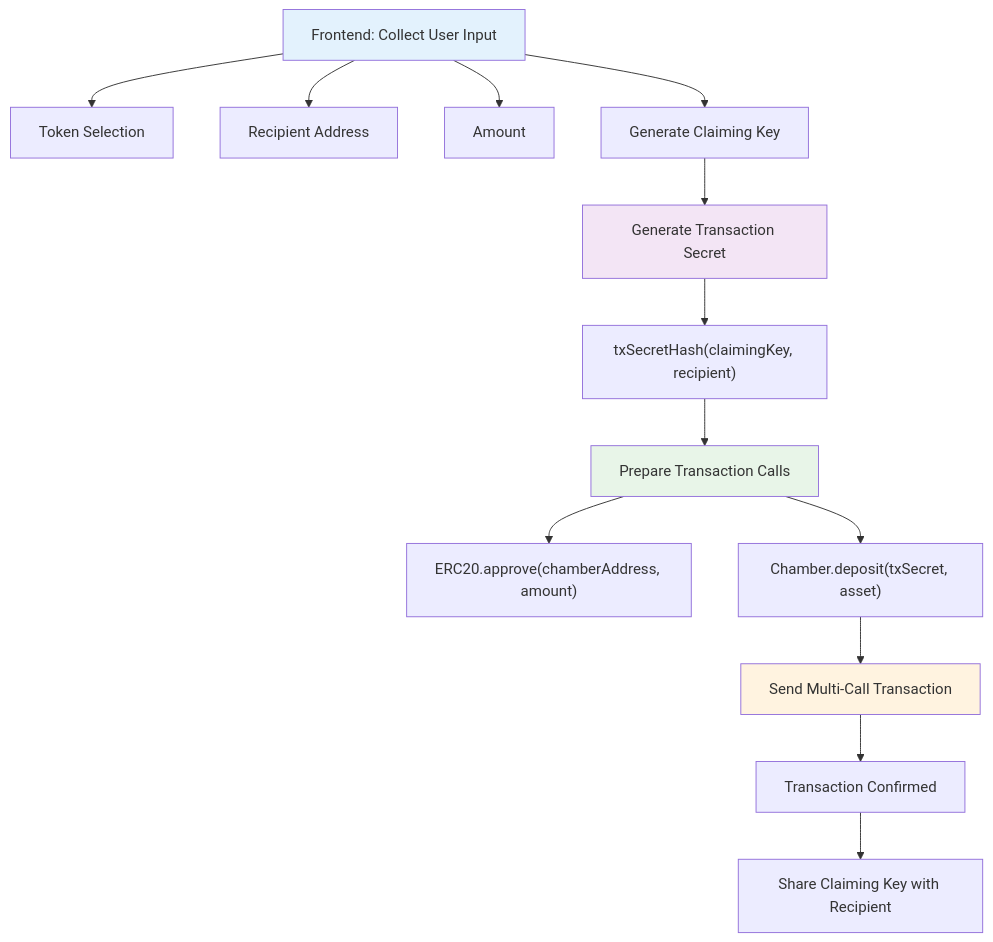
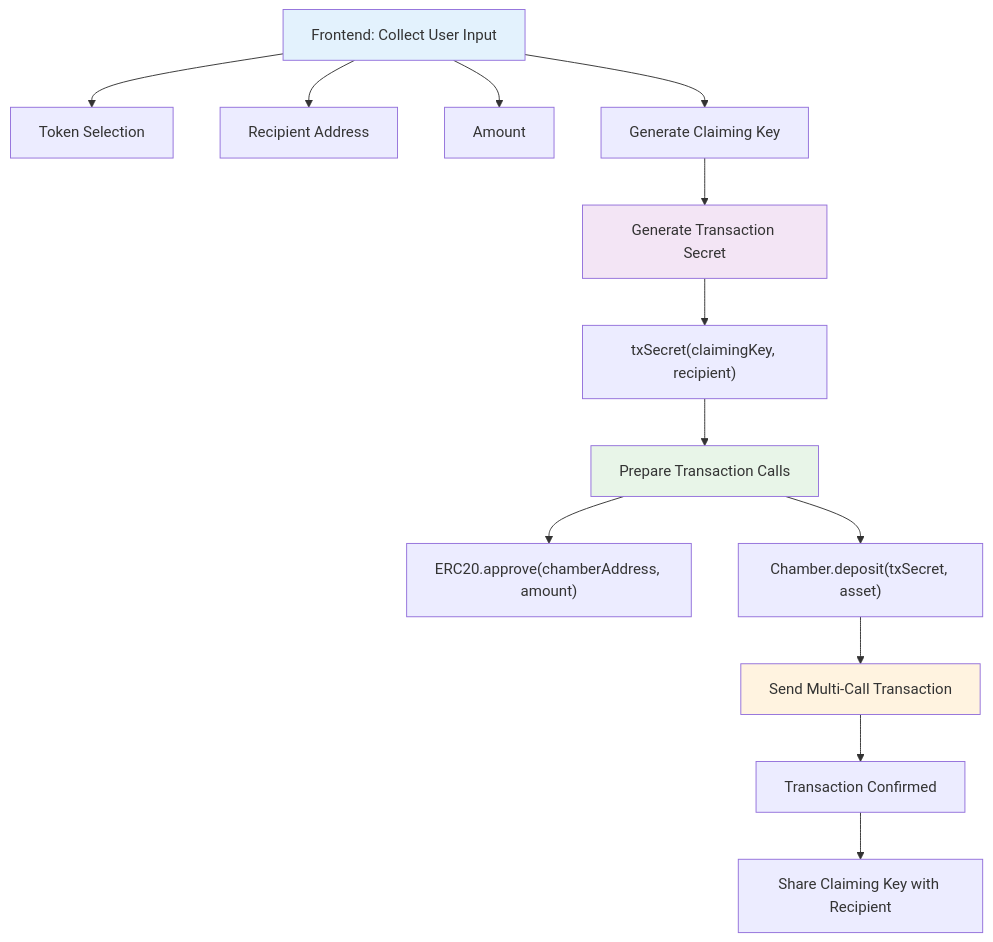
Before and after one commit to mistcash/sdk: the first of 2 diagrams in readme-workflows.md, drawn with Mermaid. The commit also changed other lines of this file, not shown here.

````diff
--- a/readme-workflows.md
+++ b/readme-workflows.md
@@ -7,23 +7,23 @@
 ```mermaid
 flowchart TD
     A[Frontend: Collect User Input] --> A1[Token Selection]
     A --> A2[Recipient Address]
     A --> A3[Amount]
     A --> A4[Generate Claiming Key]
 
     A4 --> B[Generate Transaction Secret]
-    B --> B1["txSecretHash(claimingKey, recipient)"]
+    B --> B1["txSecret(claimingKey, recipient)"]
     
     B1 --> C[Prepare Transaction Calls]
     C --> C1["ERC20.approve(chamberAddress, amount)"]
     C --> C2["Chamber.deposit(txSecret, asset)"]
     
     C2 --> D[Send Multi-Call Transaction]
     D --> E[Transaction Confirmed]
     E --> F[Share Claiming Key with Recipient]
     
     style A fill:#e3f2fd
     style B fill:#f3e5f5
     style C fill:#e8f5e8
     style D fill:#fff3e0
 ```
````
